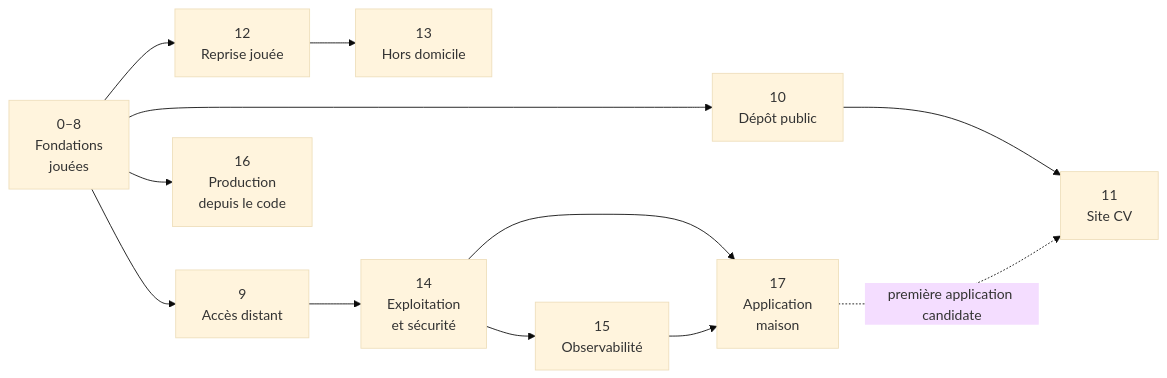
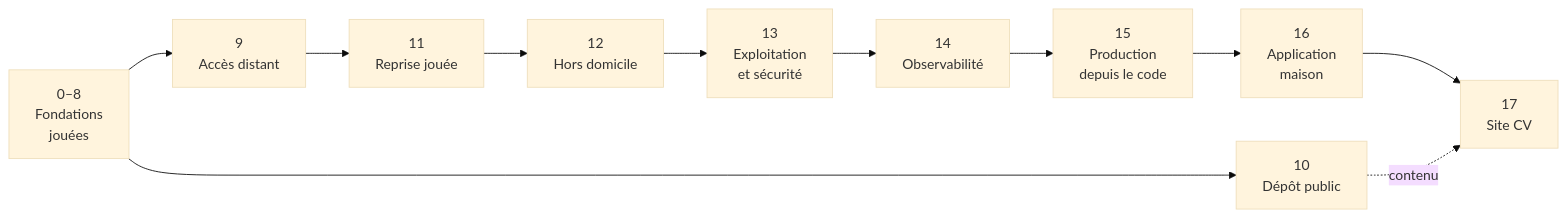
The diagram in docs/FeuilleDeRoute.md (TLGitDev/homelab-public), drawn with Mermaid (base theme) before and after one commit. The commit also changed other lines of this file and 1 other file, not shown here.

````diff
--- a/docs/FeuilleDeRoute.md
+++ b/docs/FeuilleDeRoute.md
@@ -37,14 +37,13 @@
 ```mermaid
 flowchart LR
     P0["0–8<br/>Fondations<br/>jouées"] --> P9["9<br/>Accès distant"]
     P0 --> P10["10<br/>Dépôt public"]
-    P0 --> P12["12<br/>Reprise jouée"]
-    P12 --> P13["13<br/>Hors domicile"]
-    P9 --> P14["14<br/>Exploitation<br/>et sécurité"]
-    P14 --> P15["15<br/>Observabilité"]
-    P0 --> P16["16<br/>Production<br/>depuis le code"]
-    P14 --> P17["17<br/>Application<br/>maison"]
-    P15 --> P17
-    P10 --> P11["11<br/>Site CV"]
-    P17 -.->|"première application candidate"| P11
+    P9 --> P11["11<br/>Reprise jouée"]
+    P11 --> P12["12<br/>Hors domicile"]
+    P12 --> P13["13<br/>Exploitation<br/>et sécurité"]
+    P13 --> P14["14<br/>Observabilité"]
+    P14 --> P15["15<br/>Production<br/>depuis le code"]
+    P15 --> P16["16<br/>Application<br/>maison"]
+    P16 --> P17["17<br/>Site CV"]
+    P10 -.->|"contenu"| P17
 ```
````
